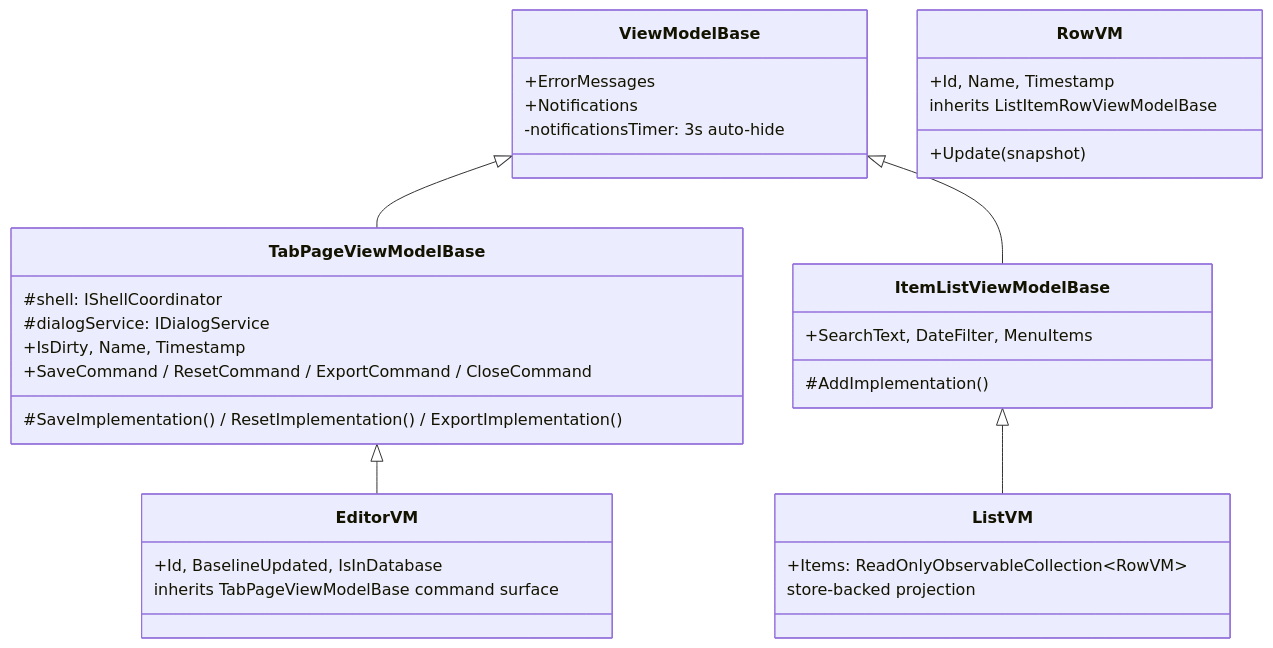
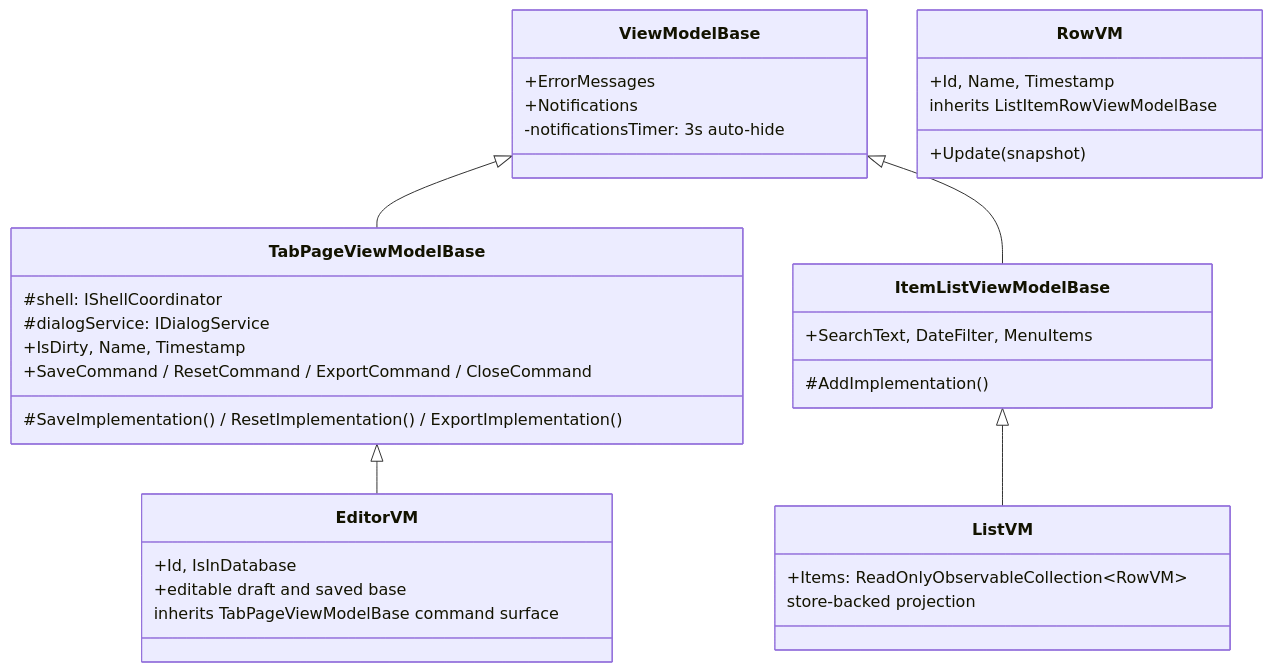
One commit to MoridinBG/Sufni.app changed the diagram in docs/architecture/ui-view-models.md. Above: the diagram before and after it, drawn with Mermaid. The commit also changed 2 other files, not shown here.

Commit message:
Document recorded editor draft and analysis ownership

````diff
--- a/docs/architecture/ui-view-models.md
+++ b/docs/architecture/ui-view-models.md
@@ -7,42 +7,43 @@
 ```mermaid
 classDiagram
     class ViewModelBase {
         +ErrorMessages
         +Notifications
         -notificationsTimer: 3s auto-hide
     }
 
     class TabPageViewModelBase {
         #shell: IShellCoordinator
         #dialogService: IDialogService
         +IsDirty, Name, Timestamp
         +SaveCommand / ResetCommand / ExportCommand / CloseCommand
         #SaveImplementation() / ResetImplementation() / ExportImplementation()
     }
 
     class ItemListViewModelBase {
         +SearchText, DateFilter, MenuItems
         #AddImplementation()
     }
 
     class EditorVM {
-        +Id, BaselineUpdated, IsInDatabase
+        +Id, IsInDatabase
+        +editable draft and saved base
       inherits TabPageViewModelBase command surface
     }
 
     class ListVM {
         +Items: ReadOnlyObservableCollection~RowVM~
         store-backed projection
     }
 
     class RowVM {
         +Id, Name, Timestamp
       inherits ListItemRowViewModelBase
         +Update(snapshot)
     }
 
     ViewModelBase <|-- TabPageViewModelBase
     ViewModelBase <|-- ItemListViewModelBase
     TabPageViewModelBase <|-- EditorVM
     ItemListViewModelBase <|-- ListVM
 ```
````
